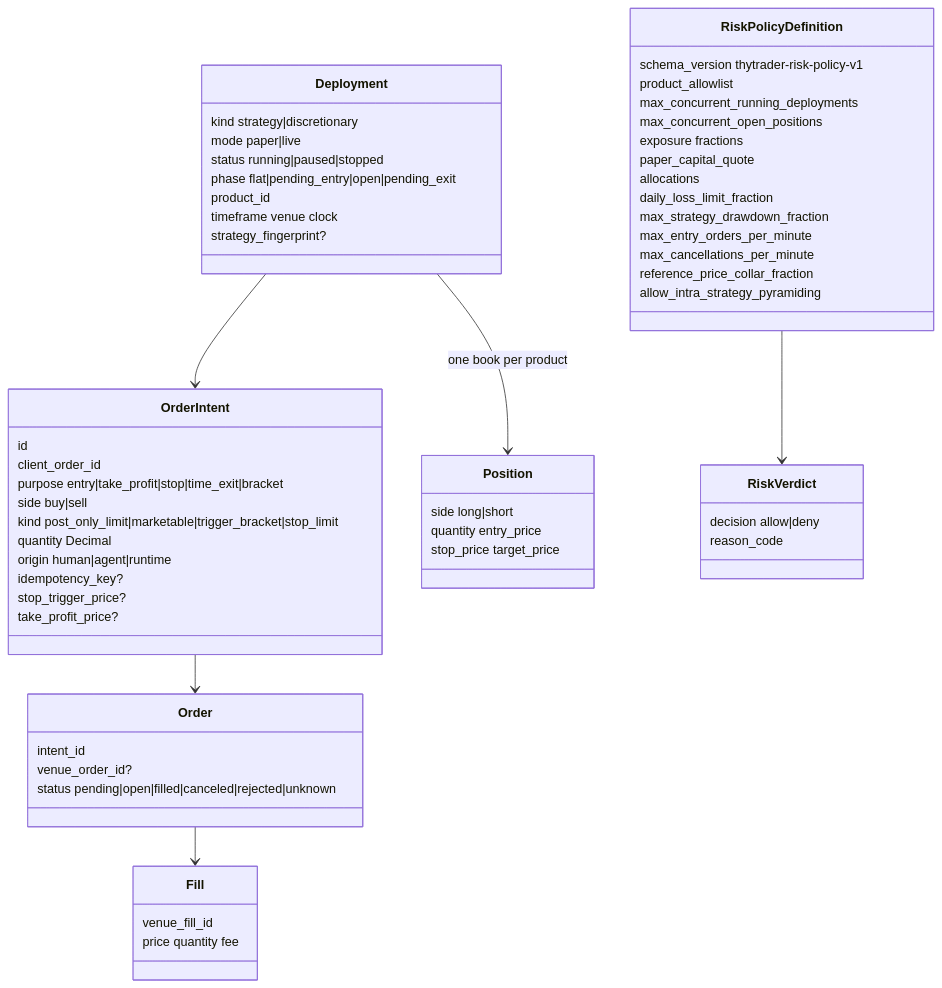
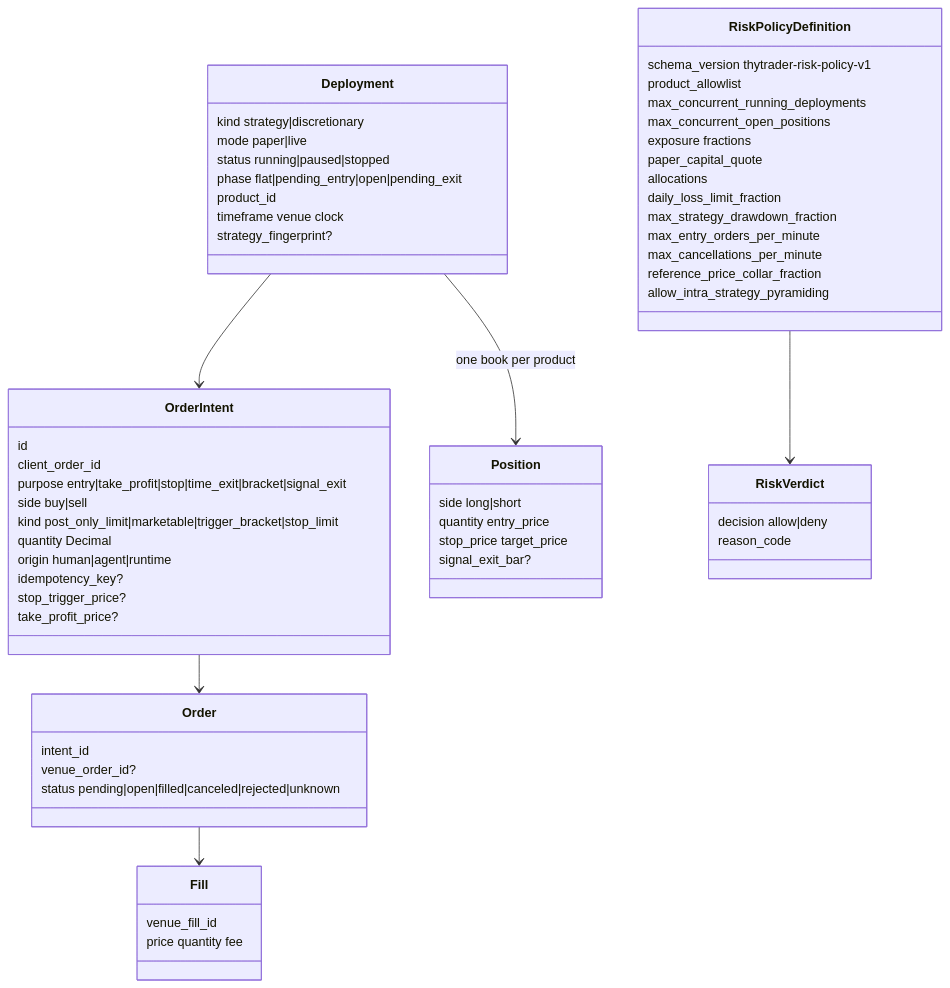
The second of 4 diagrams in docs/architecture/contracts/execution.md (Zoltesh/thytrader), drawn with Mermaid before and after one commit. The commit also changed other lines of this file and 73 other files, not shown here.

First line of the commit message:
feat(strategies): signal-based exits (exits.signal_exit) across backtest, paper, and live (ADR 0093)

````diff
--- a/docs/architecture/contracts/execution.md
+++ b/docs/architecture/contracts/execution.md
@@ -36,62 +36,63 @@
 ```mermaid
 classDiagram
   class Deployment {
     kind strategy|discretionary
     mode paper|live
     status running|paused|stopped
     phase flat|pending_entry|open|pending_exit
     product_id
     timeframe venue clock
     strategy_fingerprint?
   }
   class OrderIntent {
     id
     client_order_id
-    purpose entry|take_profit|stop|time_exit|bracket
+    purpose entry|take_profit|stop|time_exit|bracket|signal_exit
     side buy|sell
     kind post_only_limit|marketable|trigger_bracket|stop_limit
     quantity Decimal
     origin human|agent|runtime
     idempotency_key?
     stop_trigger_price?
     take_profit_price?
   }
   class Order {
     intent_id
     venue_order_id?
     status pending|open|filled|canceled|rejected|unknown
   }
   class Fill {
     venue_fill_id
     price quantity fee
   }
   class Position {
     side long|short
     quantity entry_price
     stop_price target_price
+    signal_exit_bar?
   }
   class RiskPolicyDefinition {
     schema_version thytrader-risk-policy-v1
     product_allowlist
     max_concurrent_running_deployments
     max_concurrent_open_positions
     exposure fractions
     paper_capital_quote
     allocations
     daily_loss_limit_fraction
     max_strategy_drawdown_fraction
     max_entry_orders_per_minute
     max_cancellations_per_minute
     reference_price_collar_fraction
     allow_intra_strategy_pyramiding
   }
   class RiskVerdict {
     decision allow|deny
     reason_code
   }
   Deployment --> OrderIntent
   OrderIntent --> Order
   Order --> Fill
   Deployment --> Position : one book per product
   RiskPolicyDefinition --> RiskVerdict
 ```
````
